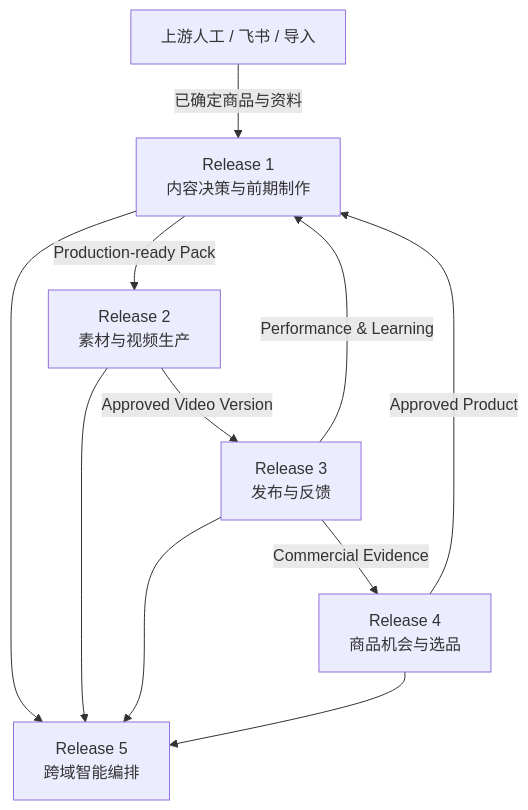
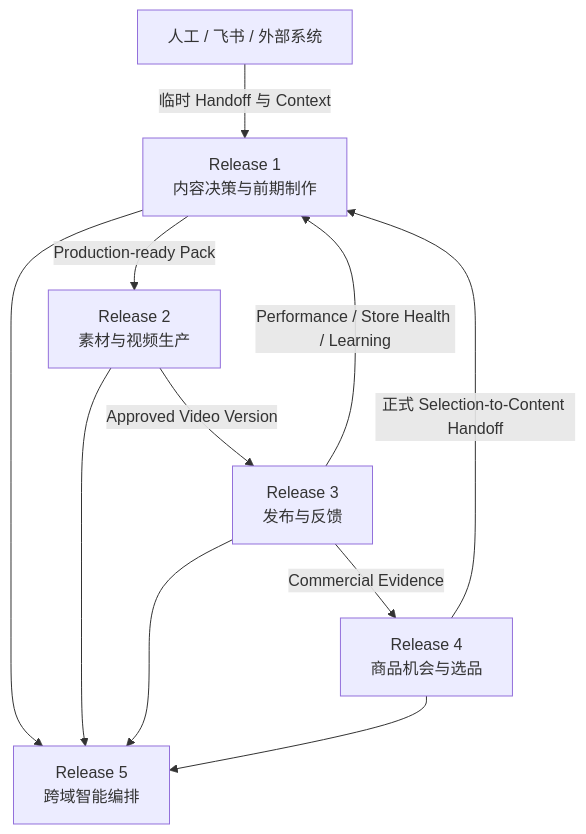
One commit to SONG-36/TK_Video_Intelligence_Workbench changed the seventh of 7 diagrams in 02_DELIVERY_RELEASES.md. Above: the diagram before and after it, drawn with Mermaid. The commit also changed other lines of this file and 9 other files, not shown here.

````diff
--- a/02_DELIVERY_RELEASES.md
+++ b/02_DELIVERY_RELEASES.md
@@ -126,20 +165,20 @@
 ```mermaid
 flowchart TB
-    U[上游人工 / 飞书 / 导入]
+    EXT[人工 / 飞书 / 外部系统]
     R1[Release 1<br/>内容决策与前期制作]
     R2[Release 2<br/>素材与视频生产]
     R3[Release 3<br/>发布与反馈]
     R4[Release 4<br/>商品机会与选品]
     R5[Release 5<br/>跨域智能编排]
 
-    U -->|已确定商品与资料| R1
+    EXT -->|临时 Handoff 与 Context| R1
+    R4 -->|正式 Selection-to-Content Handoff| R1
     R1 -->|Production-ready Pack| R2
     R2 -->|Approved Video Version| R3
-    R3 -->|Performance & Learning| R1
+    R3 -->|Performance / Store Health / Learning| R1
     R3 -->|Commercial Evidence| R4
-    R4 -->|Approved Product| R1
     R1 --> R5
     R2 --> R5
     R3 --> R5
     R4 --> R5
 ```
````
